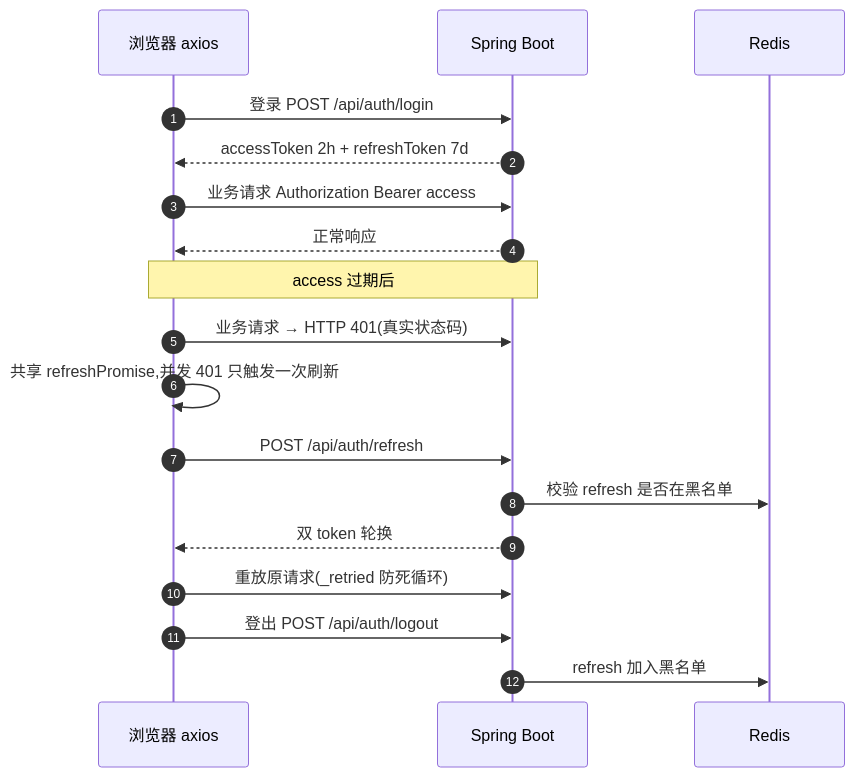
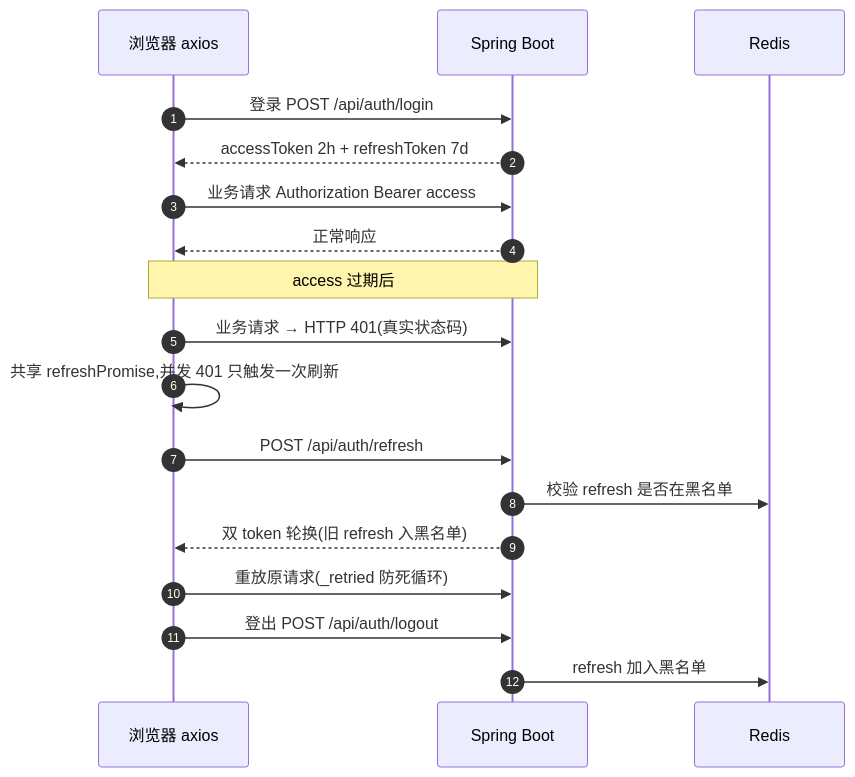
The fourth of 11 diagrams in docs/架构设计.md (chillyice/ihomy), drawn with Mermaid before and after one commit. The commit also changed other lines of this file and 13 other files, not shown here.

````diff
--- a/docs/架构设计.md
+++ b/docs/架构设计.md
@@ -115,21 +136,21 @@
 ```mermaid
 sequenceDiagram
     autonumber
     participant C as 浏览器 axios
     participant S as Spring Boot
     participant R as Redis
 
     C->>S: 登录 POST /api/auth/login
     S-->>C: accessToken 2h + refreshToken 7d
     C->>S: 业务请求 Authorization Bearer access
     S-->>C: 正常响应
     Note over C,S: access 过期后
     C->>S: 业务请求 → HTTP 401(真实状态码)
     C->>C: 共享 refreshPromise,并发 401 只触发一次刷新
     C->>S: POST /api/auth/refresh
     S->>R: 校验 refresh 是否在黑名单
-    S-->>C: 双 token 轮换
+    S-->>C: 双 token 轮换(旧 refresh 入黑名单)
     C->>S: 重放原请求(_retried 防死循环)
     C->>S: 登出 POST /api/auth/logout
     S->>R: refresh 加入黑名单
 ```
````
